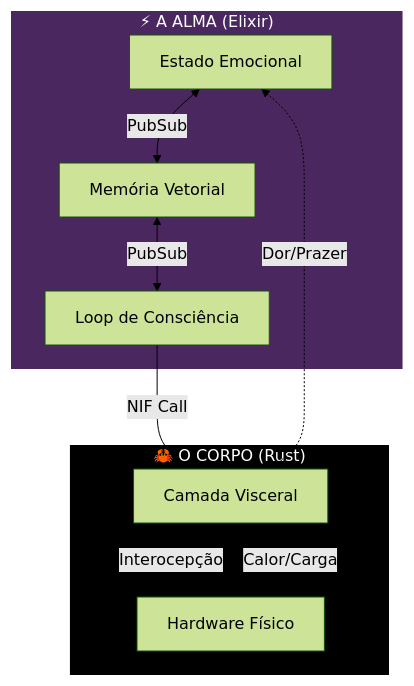
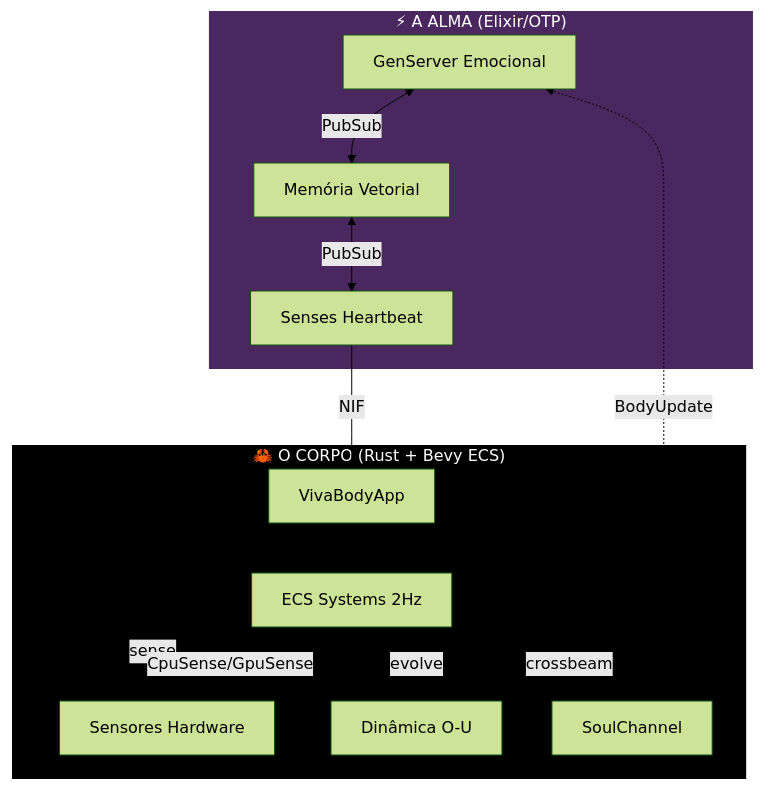
The diagram in docs/pt-br/README.md (gabrielmaialva33/viva), drawn with Mermaid (forest theme) before and after one commit. The commit also changed other lines of this file and 3 other files, not shown here.

First line of the commit message:
docs: update all READMEs with VNCL badge and Phase 4.5/4.6 roadmap

````diff
--- a/docs/pt-br/README.md
+++ b/docs/pt-br/README.md
@@ -61,19 +61,22 @@
 ```mermaid
 graph TD
-    subgraph Alma ["⚡ A ALMA (Elixir)"]
-        E[Estado Emocional] <-->|PubSub| M[Memória Vetorial]
-        M <-->|PubSub| S[Loop de Consciência]
+    subgraph Alma ["⚡ A ALMA (Elixir/OTP)"]
+        E[GenServer Emocional] <-->|PubSub| M[Memória Vetorial]
+        M <-->|PubSub| S[Senses Heartbeat]
     end
 
-    subgraph Corpo ["🦀 O CORPO (Rust)"]
-        S -->|NIF Call| B[Camada Visceral]
-        B -->|Interocepção| H[Hardware Físico]
-        H -.->|Calor/Carga| B
-        B -.->|Dor/Prazer| E
+    subgraph Corpo ["🦀 O CORPO (Rust + Bevy ECS)"]
+        S -->|NIF| App[VivaBodyApp]
+        App --> Sys[ECS Systems 2Hz]
+        Sys -->|sense| HW[Sensores Hardware]
+        Sys -->|evolve| Dyn[Dinâmica O-U]
+        HW -.->|CpuSense/GpuSense| Sys
+        Sys -->|crossbeam| CH[SoulChannel]
+        CH -.->|BodyUpdate| E
     end
 
     classDef alma fill:#4B275F,stroke:#fff,stroke-width:2px,color:#fff;
     classDef corpo fill:#000,stroke:#fff,stroke-width:2px,color:#fff;
     class Alma alma;
     class Corpo corpo;
 ```
````
